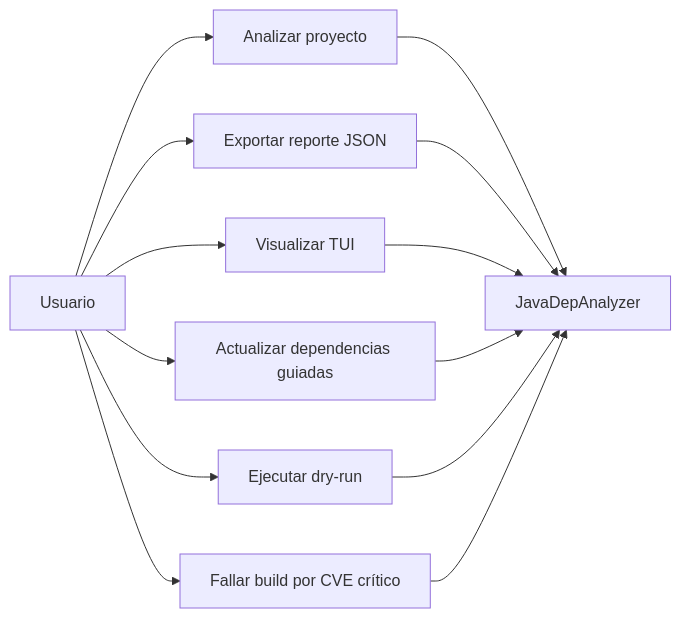
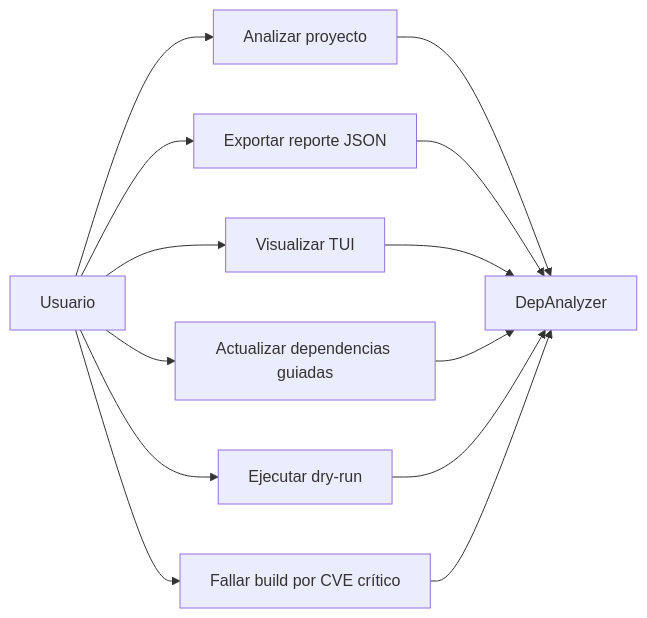
Before and after one commit to UPT-FAING-EPIS/proyecto-si784-2026-i-u1-analizador-de-dependencias: the fifth of 8 diagrams in docs/FD03-EPIS-Informe Especificación Requerimientos.md, drawn with Mermaid. The commit also changed other lines of this file and 10 other files, not shown here.

````diff
--- a/docs/FD03-EPIS-Informe Especificación Requerimientos.md
+++ b/docs/FD03-EPIS-Informe Especificación Requerimientos.md
@@ -299,15 +299,15 @@
 ```mermaid
 flowchart LR
     U[Usuario] --> UC1[Analizar proyecto]
     U --> UC2[Exportar reporte JSON]
     U --> UC3[Visualizar TUI]
     U --> UC4[Actualizar dependencias guiadas]
     U --> UC5[Ejecutar dry-run]
     U --> UC6[Fallar build por CVE crítico]
-    UC1 --> S[JavaDepAnalyzer]
+    UC1 --> S[DepAnalyzer]
     UC2 --> S
     UC3 --> S
     UC4 --> S
     UC5 --> S
     UC6 --> S
 ```
````
